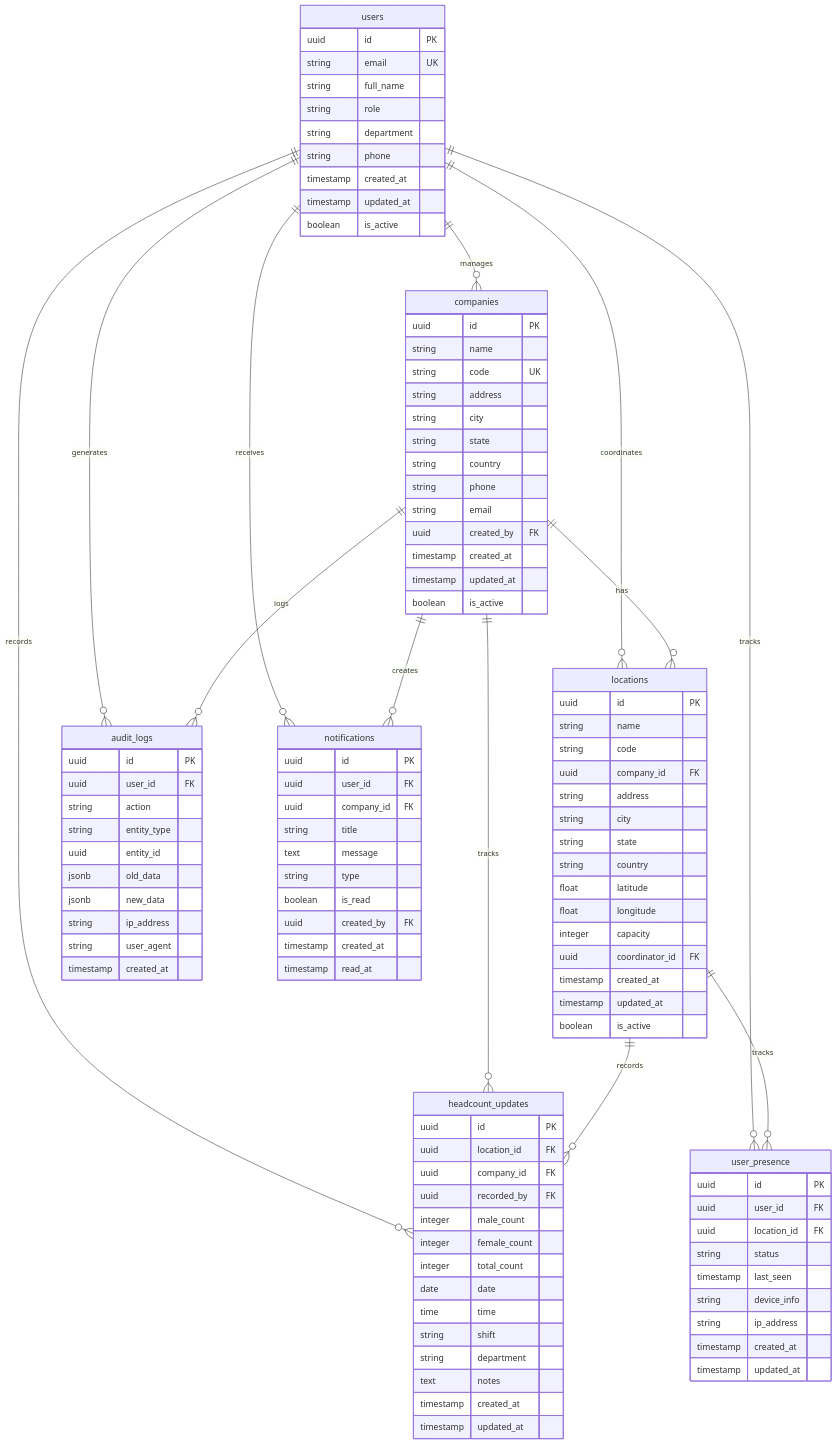
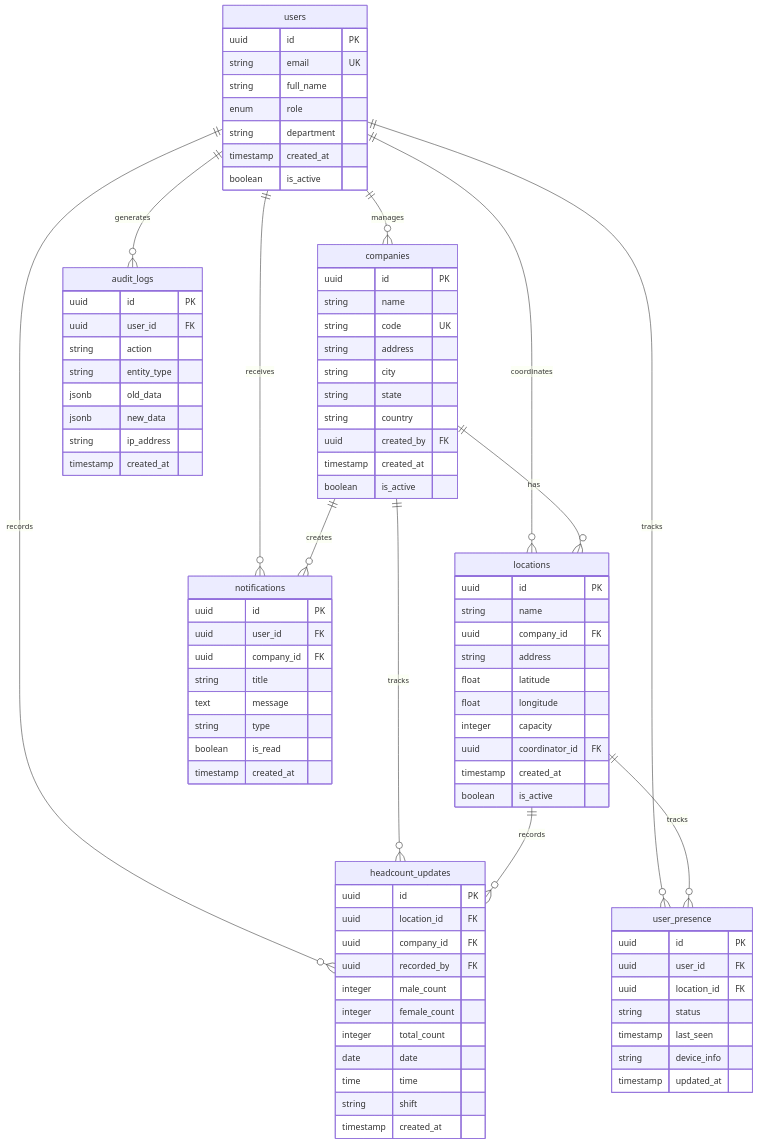
The third of 5 diagrams in README.md (Panyagitlog/rthc-enterprise), drawn with Mermaid before and after one commit. The commit also changed other lines of this file, not shown here.

Commit message:
user understand

````diff
--- a/README.md
+++ b/README.md
@@ -446,23 +185,20 @@
     companies ||--o{ locations : "has"
     companies ||--o{ headcount_updates : "tracks"
     companies ||--o{ notifications : "creates"
-    companies ||--o{ audit_logs : "logs"
     
     locations ||--o{ headcount_updates : "records"
     locations ||--o{ user_presence : "tracks"
-    
+
     users {
         uuid id PK
         string email UK
         string full_name
-        string role
+        enum role
         string department
-        string phone
         timestamp created_at
-        timestamp updated_at
         boolean is_active
     }
-    
+
     companies {
         uuid id PK
         string name
@@ -471,32 +207,24 @@
         string city
         string state
         string country
-        string phone
-        string email
         uuid created_by FK
         timestamp created_at
-        timestamp updated_at
         boolean is_active
     }
-    
+
     locations {
         uuid id PK
         string name
-        string code
         uuid company_id FK
         string address
-        string city
-        string state
-        string country
         float latitude
         float longitude
         integer capacity
         uuid coordinator_id FK
         timestamp created_at
-        timestamp updated_at
         boolean is_active
     }
-    
+
     headcount_updates {
         uuid id PK
         uuid location_id FK
@@ -508,25 +236,20 @@
         date date
         time time
         string shift
-        string department
-        text notes
         timestamp created_at
-        timestamp updated_at
     }
-    
+
     audit_logs {
         uuid id PK
         uuid user_id FK
         string action
         string entity_type
-        uuid entity_id
         jsonb old_data
         jsonb new_data
         string ip_address
-        string user_agent
         timestamp created_at
     }
-    
+
     notifications {
         uuid id PK
         uuid user_id FK
@@ -535,11 +258,9 @@
         text message
         string type
         boolean is_read
-        uuid created_by FK
         timestamp created_at
-        timestamp read_at
     }
-    
+
     user_presence {
         uuid id PK
         uuid user_id FK
@@ -547,8 +268,6 @@
         string status
         timestamp last_seen
         string device_info
-        string ip_address
-        timestamp created_at
         timestamp updated_at
     }
 ```
````
